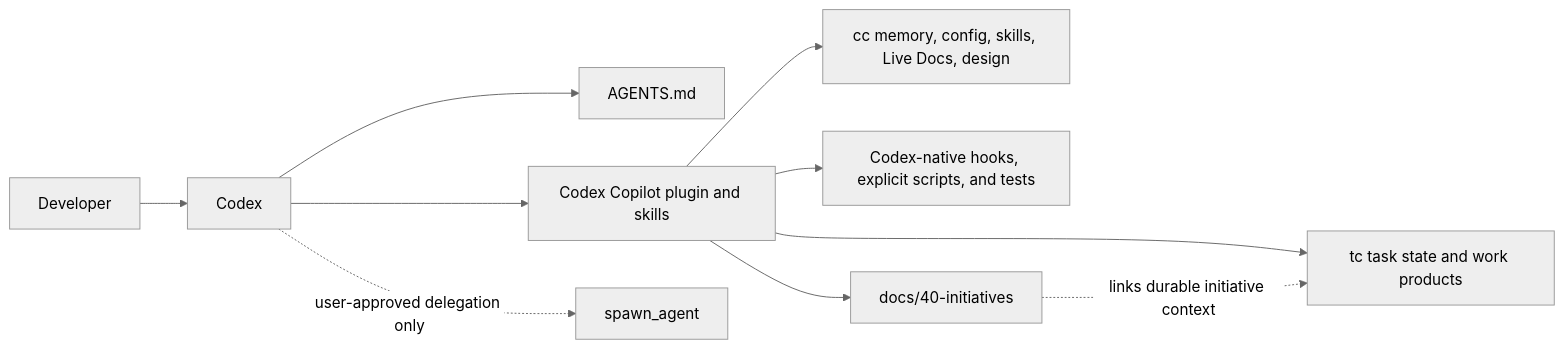
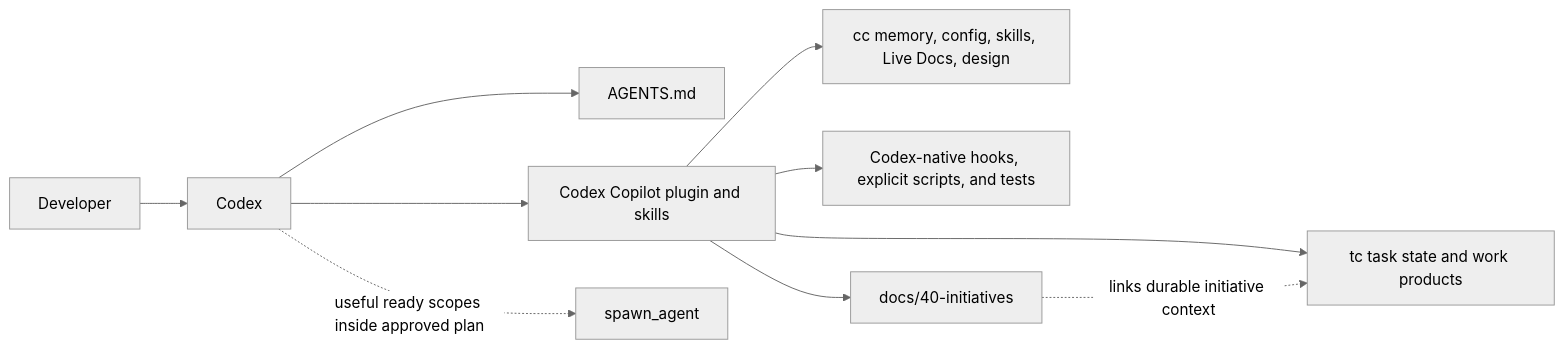
Before and after one commit to Everyone-Needs-A-Copilot/codex-copilot: the diagram in docs/04-architecture/00-overview.md, drawn with Mermaid (neutral theme). The commit also changed other lines of this file and 37 other files, not shown here.

````diff
--- a/docs/04-architecture/00-overview.md
+++ b/docs/04-architecture/00-overview.md
@@ -131,12 +131,12 @@
 ```mermaid
 flowchart LR
     U[Developer] --> C[Codex]
     C --> A[AGENTS.md]
     C --> P[Codex Copilot plugin and skills]
     P --> TC[tc task state and work products]
     P --> CC[cc memory, config, skills, Live Docs, design]
     P --> S[Codex-native hooks, explicit scripts, and tests]
     P --> I[docs/40-initiatives]
     I -. links durable initiative context .-> TC
-    C -. user-approved delegation only .-> SA[spawn_agent]
+    C -. useful ready scopes inside approved plan .-> SA[spawn_agent]
 ```
````
